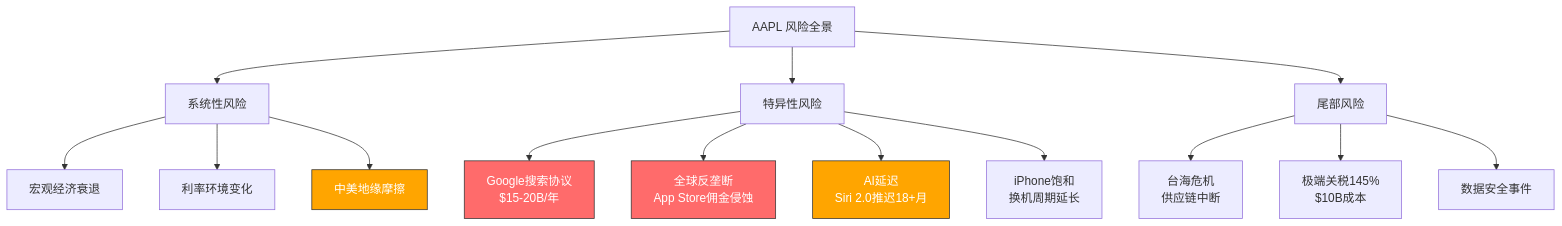
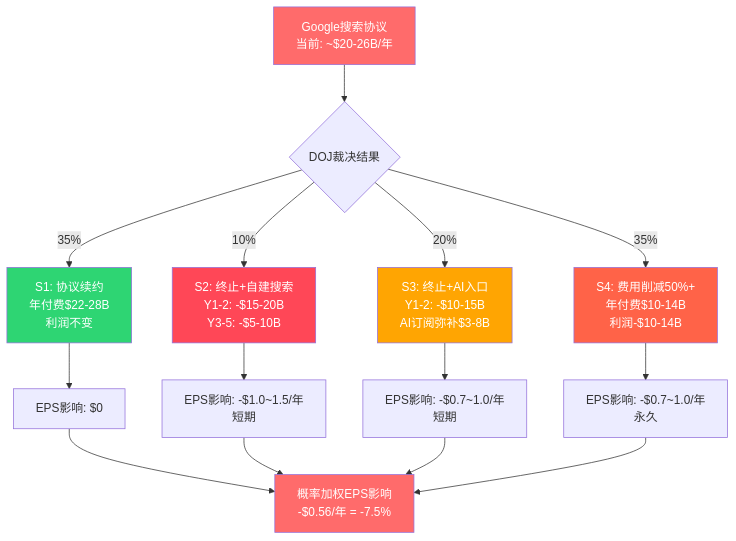
One commit to miltonnewyork25-afk/investment-master changed the second of 6 diagrams in reports/AAPL/staging/AAPL_P1_AgentB.md. Above: the diagram before and after it, drawn with Mermaid. The commit also changed other lines of this file and 2 other files, not shown here.

First line of the commit message:
feat(AAPL): Phase 1 complete — 3 Agent parallel output 105K+ chars

````diff
--- a/reports/AAPL/staging/AAPL_P1_AgentB.md
+++ b/reports/AAPL/staging/AAPL_P1_AgentB.md
@@ -30,24 +280,26 @@
 ```mermaid
 graph TD
-    A[AAPL 风险全景] --> B[系统性风险]
-    A --> C[特异性风险]
-    A --> D[尾部风险]
+    A[Google搜索协议<br/>当前: ~$20-26B/年] --> B{DOJ裁决结果}
 
-    B --> B1[宏观经济衰退]
-    B --> B2[利率环境变化]
-    B --> B3[中美地缘摩擦]
+    B -->|35%| S1[S1: 协议续约<br/>年付费$22-28B<br/>利润不变]
+    B -->|10%| S2[S2: 终止+自建搜索<br/>Y1-2: -$15-20B<br/>Y3-5: -$5-10B]
+    B -->|20%| S3[S3: 终止+AI入口<br/>Y1-2: -$10-15B<br/>AI订阅弥补$3-8B]
+    B -->|35%| S4[S4: 费用削减50%+<br/>年付费$10-14B<br/>利润-$10-14B]
 
-    C --> C1[Google搜索协议<br/>$15-20B/年]
-    C --> C2[全球反垄断<br/>App Store佣金侵蚀]
-    C --> C3[AI延迟<br/>Siri 2.0推迟18+月]
-    C --> C4[iPhone饱和<br/>换机周期延长]
+    S1 --> EPS1[EPS影响: $0]
+    S2 --> EPS2[EPS影响: -$1.0~1.5/年<br/>短期]
+    S3 --> EPS3[EPS影响: -$0.7~1.0/年<br/>短期]
+    S4 --> EPS4[EPS影响: -$0.7~1.0/年<br/>永久]
 
-    D --> D1[台海危机<br/>供应链中断]
-    D --> D2[极端关税145%<br/>$10B成本]
-    D --> D3[数据安全事件]
+    EPS1 --> PW[概率加权EPS影响<br/>-$0.56/年 = -7.5%]
+    EPS2 --> PW
+    EPS3 --> PW
+    EPS4 --> PW
 
-    style C1 fill:#ff6b6b,stroke:#333,color:#fff
-    style C2 fill:#ff6b6b,stroke:#333,color:#fff
-    style B3 fill:#ffa500,stroke:#333,color:#fff
-    style C3 fill:#ffa500,stroke:#333,color:#fff
+    style A fill:#ff6b6b,color:#fff
+    style PW fill:#ff6b6b,color:#fff
+    style S1 fill:#2ed573,color:#fff
+    style S2 fill:#ff4757,color:#fff
+    style S3 fill:#ffa502,color:#fff
+    style S4 fill:#ff6348,color:#fff
 ```
````
